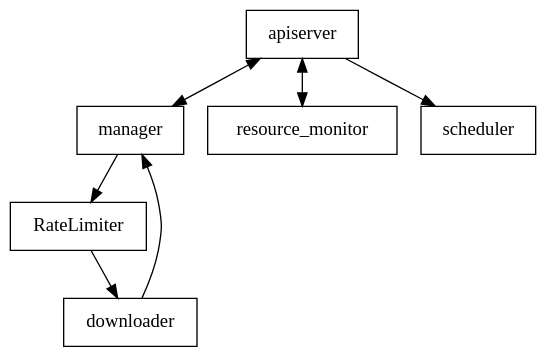
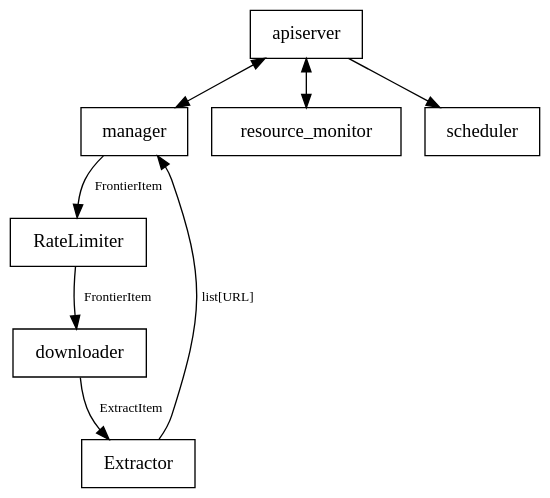
The second of 2 diagrams in docs/internals.rst (HyperionGray/starbelly), drawn with Graphviz before and after one commit. The commit also changed other lines of this file and 5 other files, not shown here.

```diff
--- a/docs/internals.rst
+++ b/docs/internals.rst
@@ -59,23 +59,25 @@
 .. graphviz::
 
     digraph system_diagram {
         graph [bgcolor=transparent];
         node [shape=box];
         edge [fontsize=10];
 
         // Nodes
         apiserver;
         manager;
         rate_limiter [label="RateLimiter",href="#rate-limiter"];
         downloader;
+        extractor [label="Extractor",href="#extractor"];
         resource_monitor;
         scheduler;
 
         // Edges
         apiserver -> manager [dir=both];
         apiserver -> resource_monitor [dir=both];
         apiserver -> scheduler;
-        manager -> rate_limiter;
-        rate_limiter -> downloader;
-        downloader -> manager;
+        manager -> rate_limiter [label="FrontierItem"];
+        rate_limiter -> downloader [label="FrontierItem"];
+        downloader -> extractor [label="ExtractItem"];
+        extractor -> manager [label="list[URL]"];
     }
```
